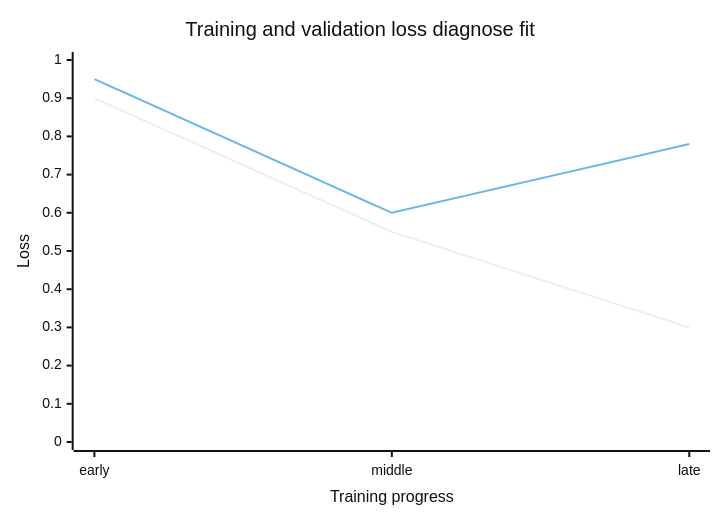
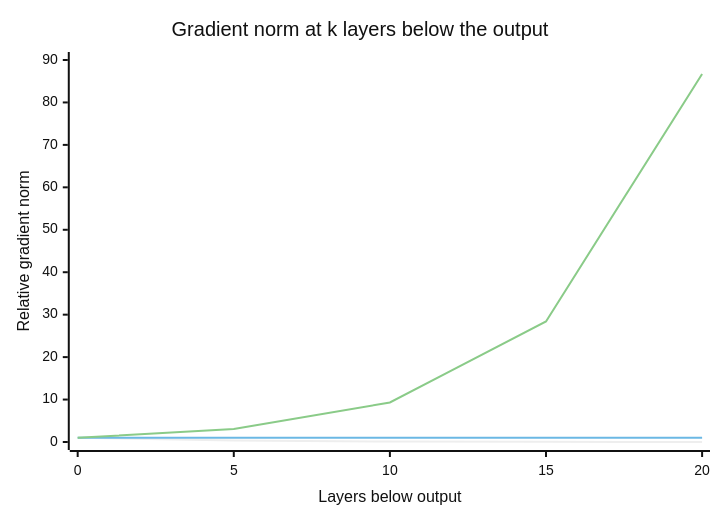
The seventh of 25 diagrams in 16_AI_and_GenAI/CH07_Deep_Learning_Foundations.md (joydasss/Architect), drawn with Mermaid (neutral theme) before and after one commit. The commit also changed other lines of this file and 295 other files, not shown here.

````diff
--- a/16_AI_and_GenAI/CH07_Deep_Learning_Foundations.md
+++ b/16_AI_and_GenAI/CH07_Deep_Learning_Foundations.md
@@ -72,8 +519,9 @@
 ```mermaid
 xychart-beta
-    title "Training and validation loss diagnose fit"
-    x-axis "Training progress" [early, middle, late]
-    y-axis "Loss" 0 --> 1
-    line [0.90, 0.55, 0.30]
-    line [0.95, 0.60, 0.78]
+    title "Gradient norm at k layers below the output"
+    x-axis "Layers below output" [0, 5, 10, 15, 20]
+    y-axis "Relative gradient norm" 0 --> 90
+    line [1, 0.33, 0.11, 0.04, 0.01]
+    line [1, 1, 1, 1, 1]
+    line [1, 3.05, 9.31, 28.4, 86.7]
 ```
````
